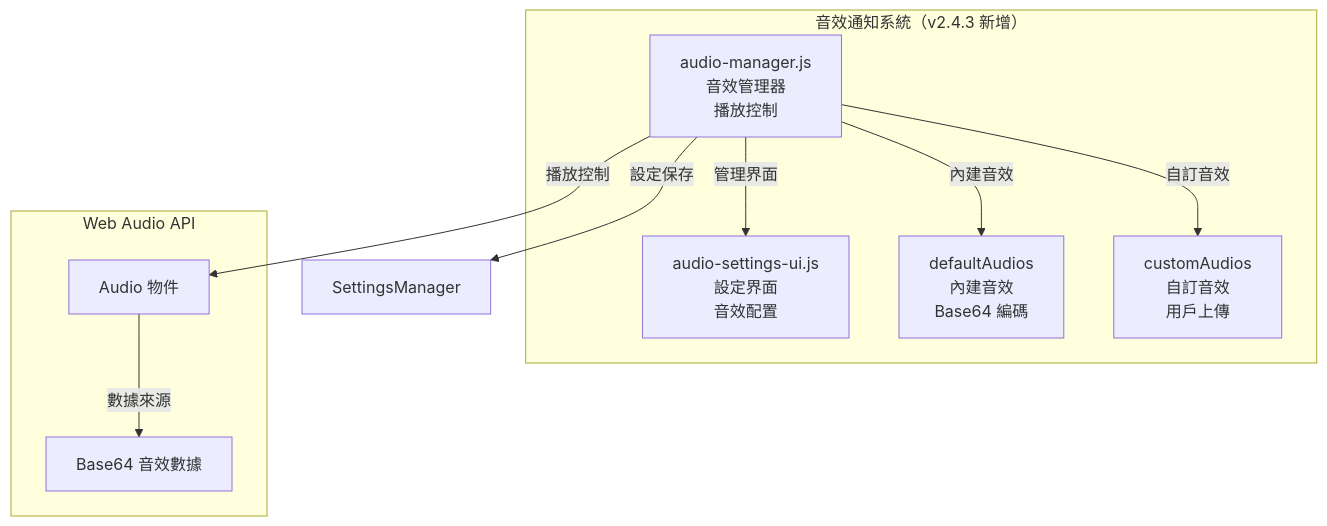
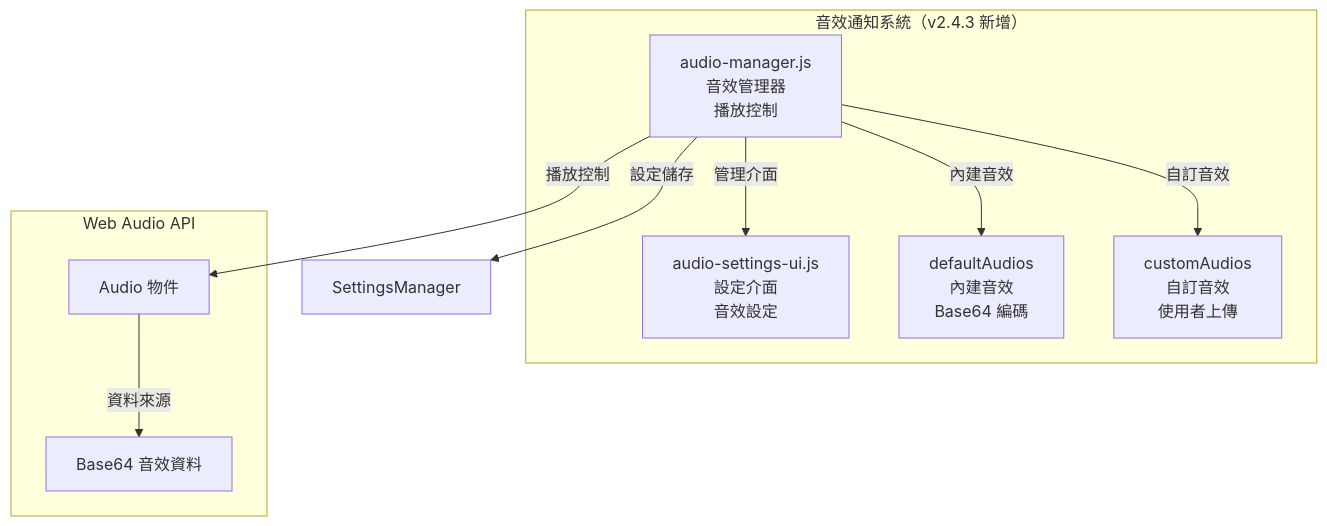
The eighth of 12 diagrams in docs/architecture/component-details.md (CloudEngineHub/mcp-feedback-enhanced), drawn with Mermaid before and after one commit. The commit also changed other lines of this file, not shown here.

````diff
--- a/docs/architecture/component-details.md
+++ b/docs/architecture/component-details.md
@@ -602,21 +602,21 @@
 ```mermaid
 graph TB
     subgraph "音效通知系統（v2.4.3 新增）"
         AM[audio-manager.js<br/>音效管理器<br/>播放控制]
-        ASU[audio-settings-ui.js<br/>設定界面<br/>音效配置]
+        ASU[audio-settings-ui.js<br/>設定介面<br/>音效設定]
         DA[defaultAudios<br/>內建音效<br/>Base64 編碼]
-        CA[customAudios<br/>自訂音效<br/>用戶上傳]
+        CA[customAudios<br/>自訂音效<br/>使用者上傳]
     end
 
     subgraph "Web Audio API"
         AUDIO[Audio 物件]
-        BASE64[Base64 音效數據]
+        BASE64[Base64 音效資料]
     end
 
-    AM -->|管理界面| ASU
+    AM -->|管理介面| ASU
     AM -->|內建音效| DA
     AM -->|自訂音效| CA
     AM -->|播放控制| AUDIO
-    AUDIO -->|數據來源| BASE64
-    AM -->|設定保存| SettingsManager
+    AUDIO -->|資料來源| BASE64
+    AM -->|設定儲存| SettingsManager
 ```
````
